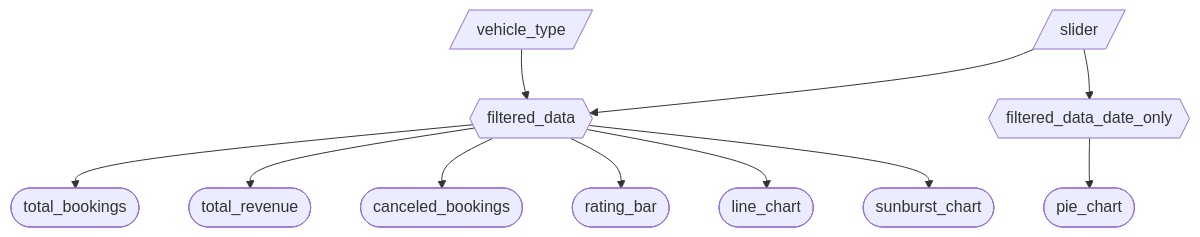
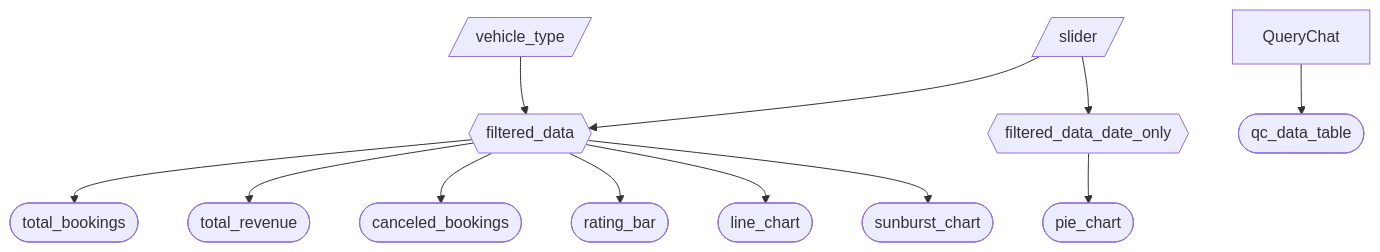
One commit to UBC-MDS/DSCI-532_2026_32_Uber_dashboard changed the diagram in reports/m2_spec.md. Above: the diagram before and after it, drawn with Mermaid. The commit also changed other lines of this file, not shown here.

Commit message:
Update spec doc with QueryChat

````diff
--- a/reports/m2_spec.md
+++ b/reports/m2_spec.md
@@ -32,15 +33,17 @@
 ```mermaid
 flowchart TD
   A[/slider/] --> F{{filtered_data}}
   B[/vehicle_type/] --> F
   A --> G{{filtered_data_date_only}}
 
   F --> T1([total_bookings])
   F --> T2([total_revenue])
   F --> T3([canceled_bookings])
   F --> P1([rating_bar])
   F --> P2([line_chart])
   F --> P4([sunburst_chart])
 
   G --> P3([pie_chart])
+
+  QueryChat --> D([qc_data_table])
 ```
````
